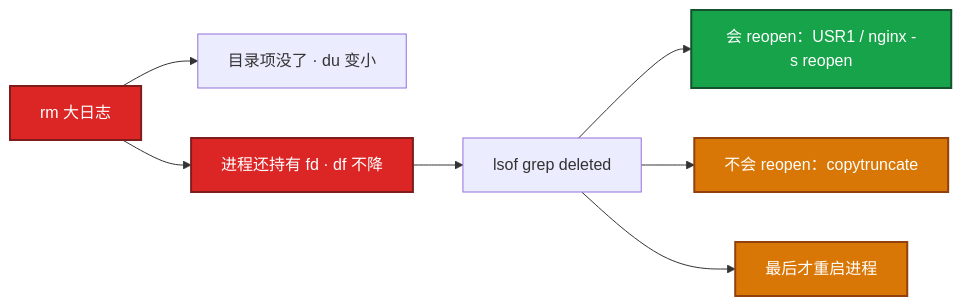
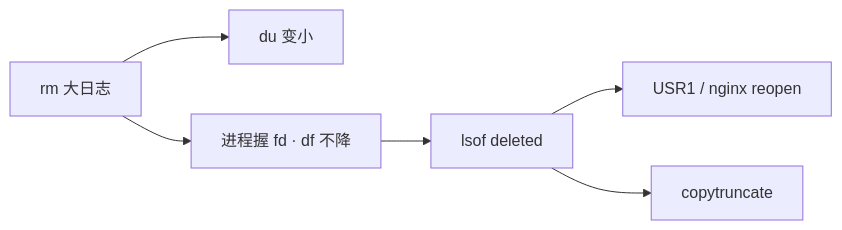
Before and after one commit to ml-cuizijun/LearnToLilith: the third of 4 diagrams in 02-基础底座/22-日志运维/知识点.md, drawn with Mermaid. The commit also changed other lines of this file and 107 other files, not shown here.

````diff
--- a/02-基础底座/22-日志运维/知识点.md
+++ b/02-基础底座/22-日志运维/知识点.md
@@ -188,16 +239,8 @@
 ```mermaid
 flowchart LR
-    rm[rm 大日志] --> du[目录项没了 · du 变小]
-    rm --> fd[进程还持有 fd · df 不降]
-    fd --> lsof["lsof grep deleted"]
-    lsof --> usr[会 reopen：USR1 / nginx -s reopen]
-    lsof --> ct[不会 reopen：copytruncate]
-    lsof --> last[最后才重启进程]
-
-    classDef bad fill:#DC2626,stroke:#7F1D1D,stroke-width:2px,color:#fff
-    classDef ok fill:#16A34A,stroke:#14532D,stroke-width:2px,color:#fff
-    classDef warn fill:#D97706,stroke:#92400E,stroke-width:2px,color:#fff
-    class rm,fd bad
-    class usr,ok ok
-    class ct,last warn
+    rm[rm 大日志] --> du[du 变小]
+    rm --> fd[进程握 fd · df 不降]
+    fd --> lsof[lsof deleted]
+    lsof --> usr[USR1 / nginx reopen]
+    lsof --> ct[copytruncate]
 ```
````
